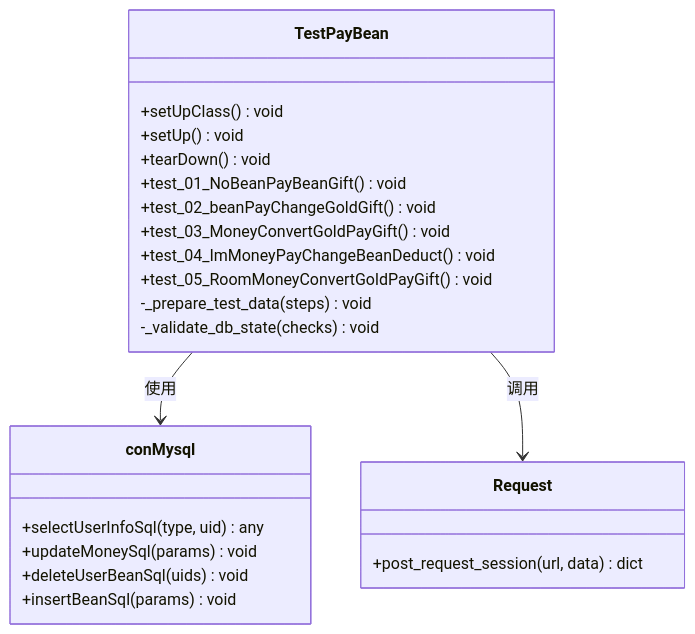
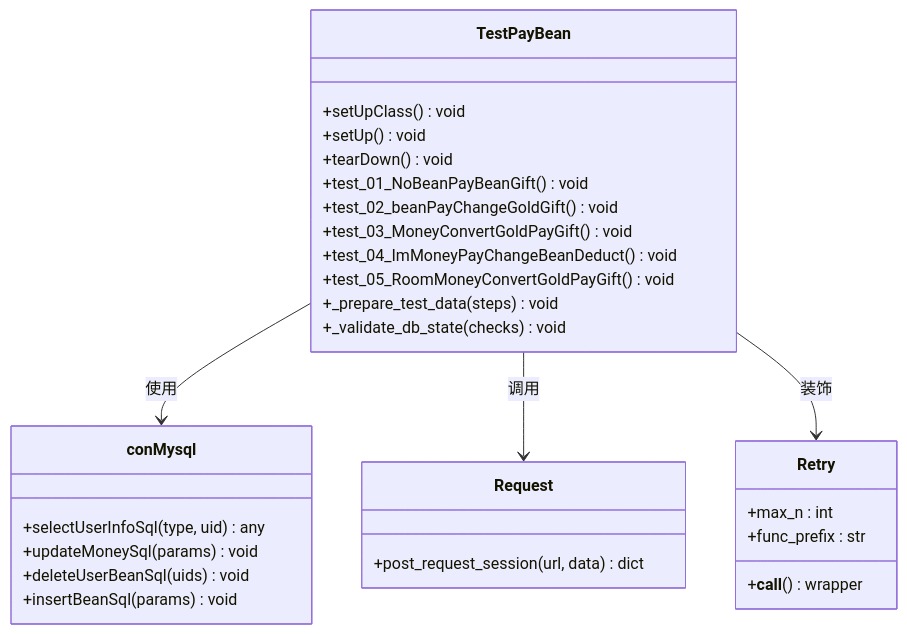
Before and after one commit to liximing1-ola/qa-payTest: the third of 8 diagrams in .qoder/repowiki/zh/content/支付测试用例/私聊付费测试.md, drawn with Mermaid. The commit also changed other lines of this file and 103 other files, not shown here.

````diff
--- a/.qoder/repowiki/zh/content/支付测试用例/私聊付费测试.md
+++ b/.qoder/repowiki/zh/content/支付测试用例/私聊付费测试.md
@@ -162,26 +185,32 @@
 ```mermaid
 classDiagram
 class TestPayBean {
 +setUpClass() void
 +setUp() void
 +tearDown() void
 +test_01_NoBeanPayBeanGift() void
 +test_02_beanPayChangeGoldGift() void
 +test_03_MoneyConvertGoldPayGift() void
 +test_04_ImMoneyPayChangeBeanDeduct() void
 +test_05_RoomMoneyConvertGoldPayGift() void
--_prepare_test_data(steps) void
--_validate_db_state(checks) void
++_prepare_test_data(steps) void
++_validate_db_state(checks) void
+}
+class Retry {
++max_n : int
++func_prefix : str
++__call__() wrapper
 }
 class conMysql {
 +selectUserInfoSql(type, uid) any
 +updateMoneySql(params) void
 +deleteUserBeanSql(uids) void
 +insertBeanSql(params) void
 }
 class Request {
 +post_request_session(url, data) dict
 }
 TestPayBean --> conMysql : 使用
 TestPayBean --> Request : 调用
+TestPayBean --> Retry : 装饰
 ```
````
